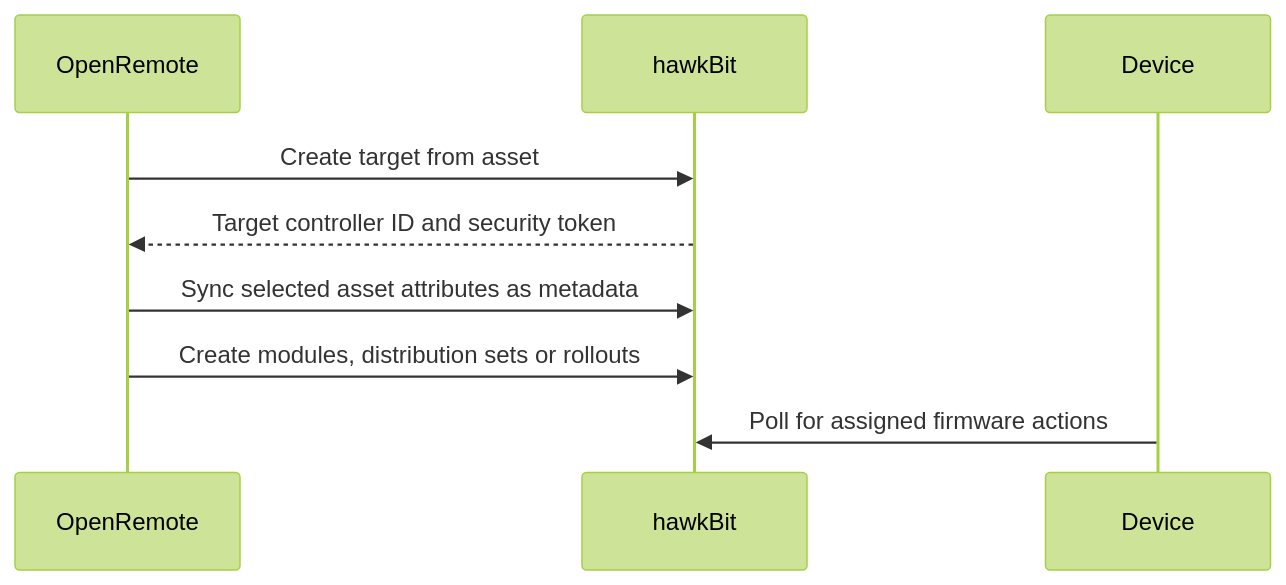
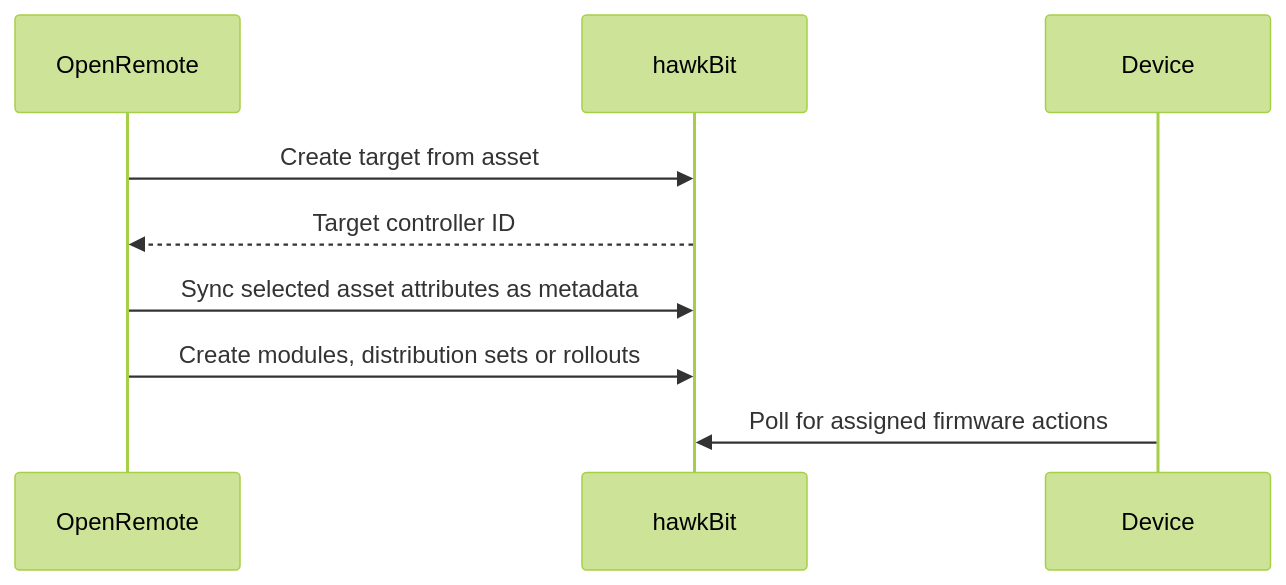
Before and after one commit to openremote/extensions: the diagram in hawkbit/README.md, drawn with Mermaid (forest theme). The commit also changed other lines of this file and 2 other files, not shown here.

````diff
--- a/hawkbit/README.md
+++ b/hawkbit/README.md
@@ -170,12 +170,12 @@
 ```mermaid
 sequenceDiagram
     participant OR as OpenRemote
     participant HB as hawkBit
     participant Device as Device
 
     OR->>HB: Create target from asset
-    HB-->>OR: Target controller ID and security token
+    HB-->>OR: Target controller ID
     OR->>HB: Sync selected asset attributes as metadata
     OR->>HB: Create modules, distribution sets or rollouts
     Device->>HB: Poll for assigned firmware actions
 ```
````
